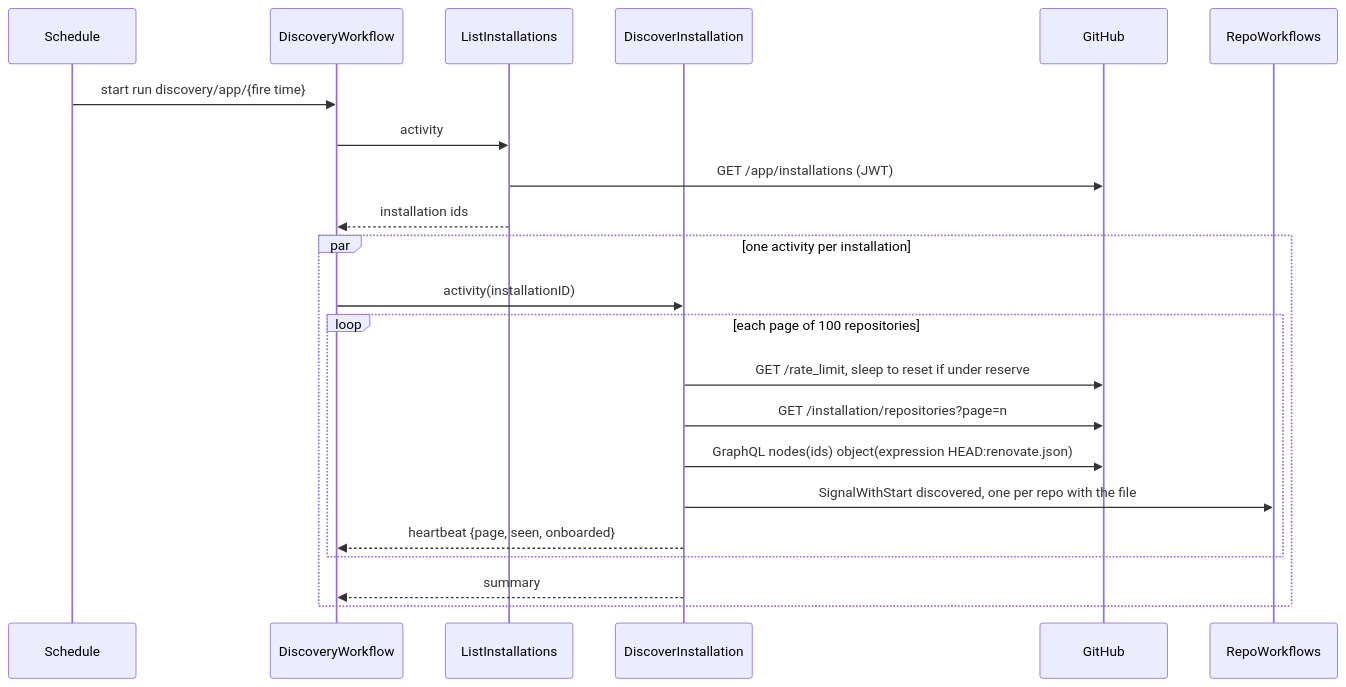
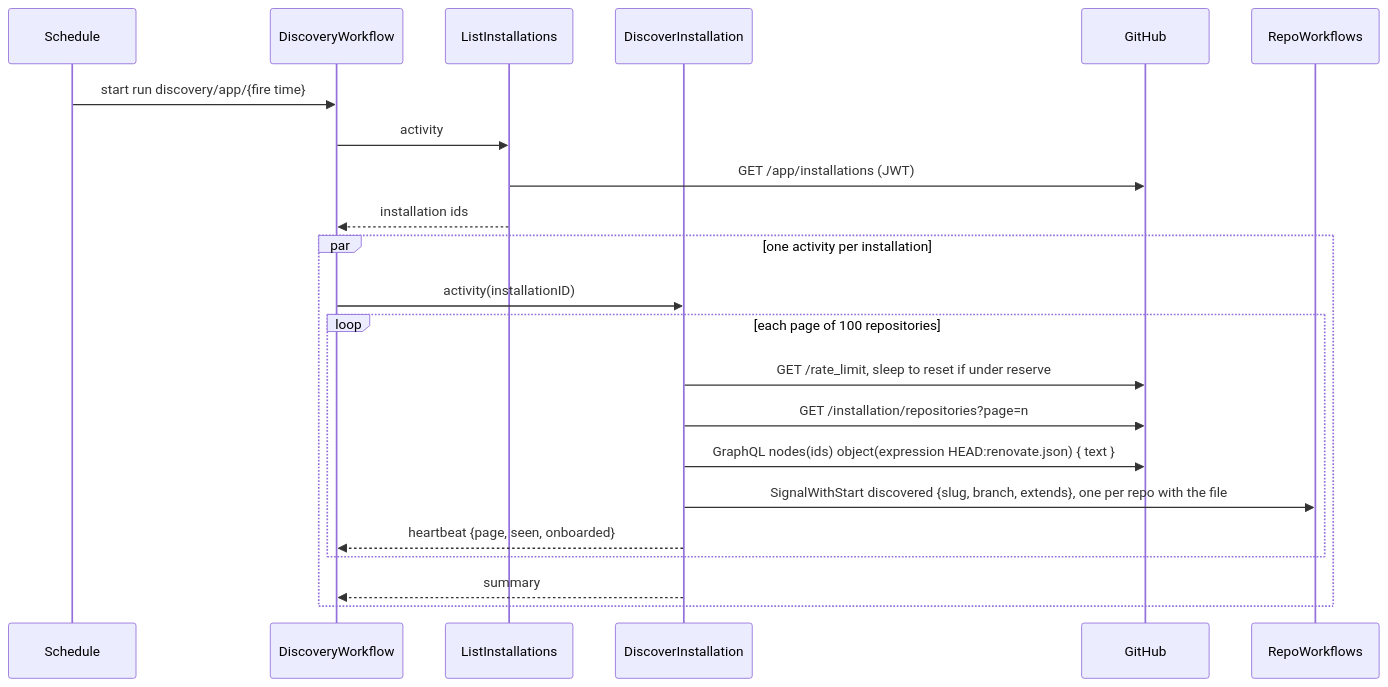
One commit to donaldgifford/boop changed the second of 4 diagrams in docs/design/0001-boopd-spike-workflows-runrenovate-activity-and-worker.md. Above: the diagram before and after it, drawn with Mermaid. The commit also changed other lines of this file and 6 other files, not shown here.

````diff
--- a/docs/design/0001-boopd-spike-workflows-runrenovate-activity-and-worker.md
+++ b/docs/design/0001-boopd-spike-workflows-runrenovate-activity-and-worker.md
@@ -258,24 +308,24 @@
 ```mermaid
 sequenceDiagram
   participant S as Schedule
   participant DW as DiscoveryWorkflow
   participant LI as ListInstallations
   participant DI as DiscoverInstallation
   participant GH as GitHub
   participant RW as RepoWorkflows
   S->>DW: start run discovery/app/{fire time}
   DW->>LI: activity
   LI->>GH: GET /app/installations (JWT)
   LI-->>DW: installation ids
   par one activity per installation
     DW->>DI: activity(installationID)
     loop each page of 100 repositories
       DI->>GH: GET /rate_limit, sleep to reset if under reserve
       DI->>GH: GET /installation/repositories?page=n
-      DI->>GH: GraphQL nodes(ids) object(expression HEAD:renovate.json)
-      DI->>RW: SignalWithStart discovered, one per repo with the file
+      DI->>GH: GraphQL nodes(ids) object(expression HEAD:renovate.json) { text }
+      DI->>RW: SignalWithStart discovered {slug, branch, extends}, one per repo with the file
       DI-->>DW: heartbeat {page, seen, onboarded}
     end
     DI-->>DW: summary
   end
 ```
````
